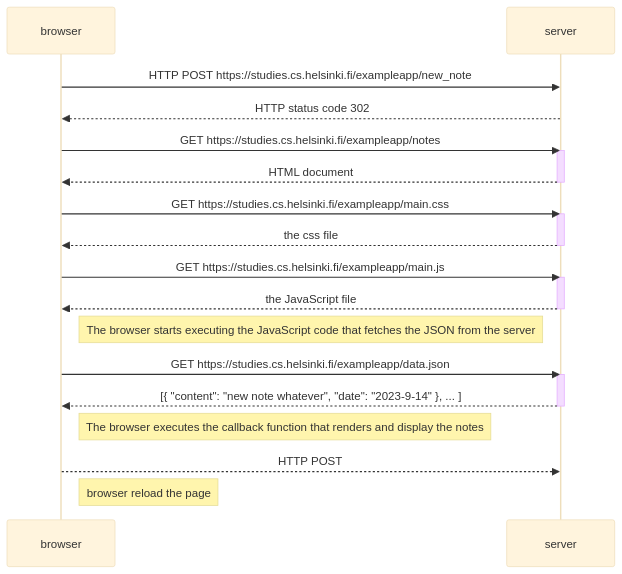
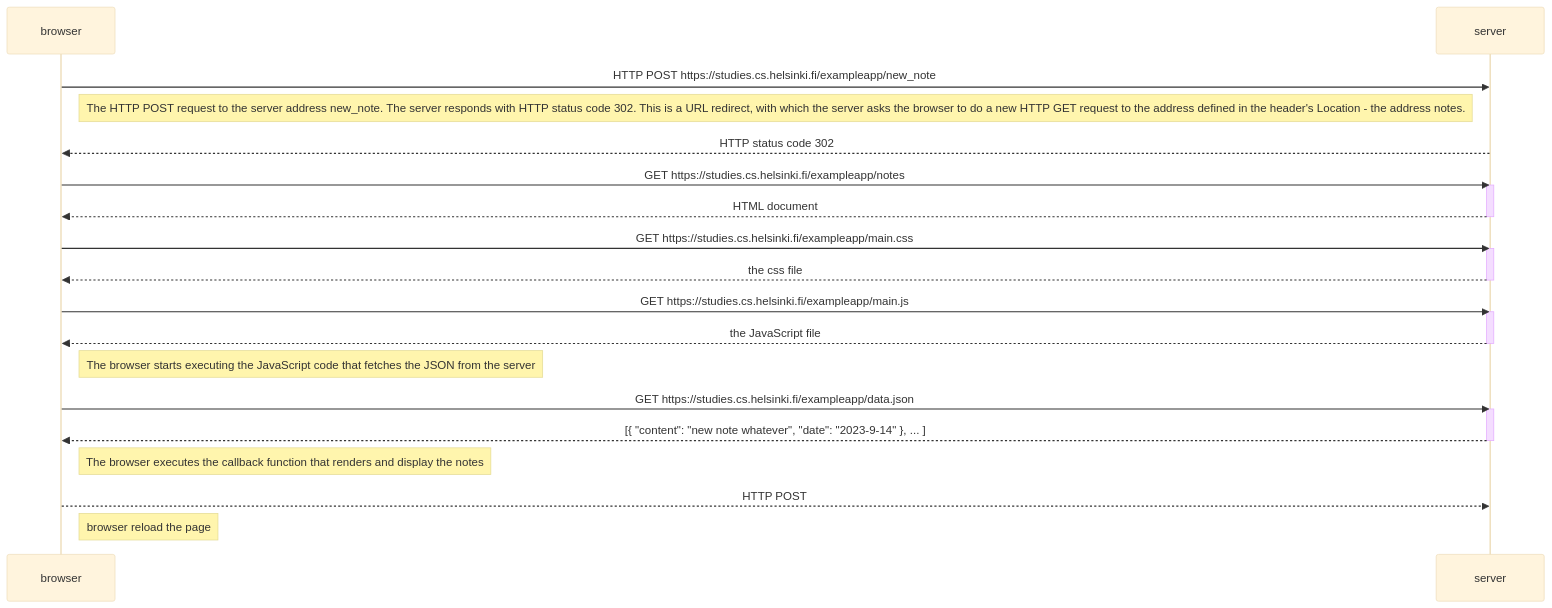
One commit to ana-sv/FullStackCourse changed the diagram in Part0/0.4.md. Above: the diagram before and after it, drawn with Mermaid (base theme).

Commit message:
added note

````diff
--- a/Part0/0.4.md
+++ b/Part0/0.4.md
@@ -5,37 +5,40 @@
 ```mermaid
 sequenceDiagram
     participant browser
     participant server
 
         browser->>server: HTTP POST https://studies.cs.helsinki.fi/exampleapp/new_note
+
+        Note right of browser :  The HTTP POST request to the server address new_note. The server responds with HTTP status code 302. This is a URL redirect, with which the server asks the browser to do a new HTTP GET request to the address defined in the header's Location - the address notes.
+
         server-->>browser: HTTP status code 302
 
         browser->>server: GET https://studies.cs.helsinki.fi/exampleapp/notes
         activate server
         server-->>browser: HTML document
         deactivate server
 
         browser->>server: GET https://studies.cs.helsinki.fi/exampleapp/main.css
         activate server
         server-->>browser: the css file
         deactivate server
 
         browser->>server: GET https://studies.cs.helsinki.fi/exampleapp/main.js
         activate server
         server-->>browser: the JavaScript file
         deactivate server
 
         Note right of browser: The browser starts executing the JavaScript code that fetches the JSON from the server
 
         browser->>server: GET https://studies.cs.helsinki.fi/exampleapp/data.json
         activate server
         server-->>browser: [{ "content": "new note whatever", "date": "2023-9-14" }, ... ]
         deactivate server
 
         Note right of browser: The browser executes the callback function that renders and display the notes
 
         browser-->>server: HTTP POST
 
         Note right of browser: browser reload the page
 
 ```
````
